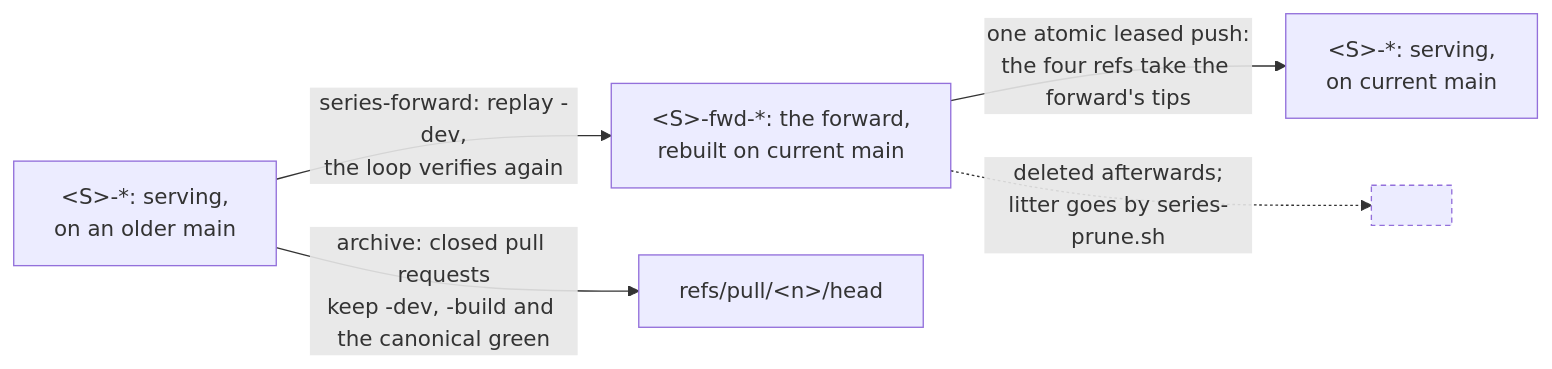
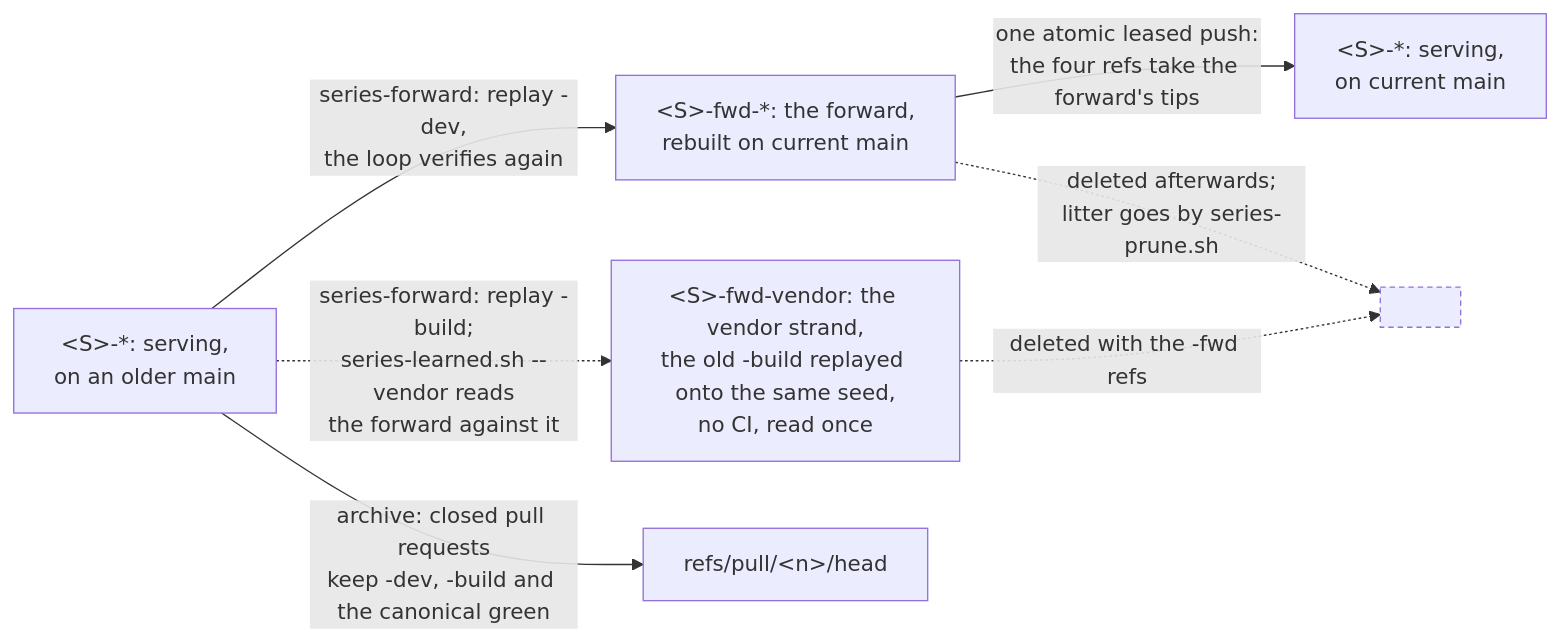
The second of 2 diagrams in handbook/branches/model/README.md (duckdb/duckdb-r), drawn with Mermaid before and after one commit. The commit also changed other lines of this file and 1 other file, not shown here.

Commit message:
docs(branches): Draw the vendor strand beside the forward
The forward-and-cutover diagram on the model page showed the forward and the archive,
and the vendor strand the same page describes in prose was missing from it.
It is drawn now: written once by the forward, read by `series-learned.sh --vendor`,
and deleted with the forward's refs at the cutover,
which the flavors page's sequence names too.

Claude-Session: https://claude.ai/code/session_01MouFzQftYK2N3SuXns9YDn

````diff
--- a/handbook/branches/model/README.md
+++ b/handbook/branches/model/README.md
@@ -77,11 +77,14 @@
 ```mermaid
 flowchart LR
   S["#60;S#62;-*: serving,<br>on an older main"]
   F["#60;S#62;-fwd-*: the forward,<br>rebuilt on current main"]
+  V["#60;S#62;-fwd-vendor: the vendor strand,<br>the old -build replayed onto the same seed,<br>no CI, read once"]
   S -->|"series-forward: replay -dev,<br>the loop verifies again"| F
+  S -.->|"series-forward: replay -build;<br>series-learned.sh --vendor reads<br>the forward against it"| V
   S -->|"archive: closed pull requests<br>keep -dev, -build and the canonical green"| A["refs/pull/#60;n#62;/head"]
   F -->|"one atomic leased push:<br>the four refs take the forward's tips"| S2["#60;S#62;-*: serving,<br>on current main"]
   F -.->|"deleted afterwards;<br>litter goes by series-prune.sh"| X[" "]
+  V -.->|"deleted with the -fwd refs"| X
   classDef gone stroke-dasharray: 4 3
   class X gone
 ```
````
